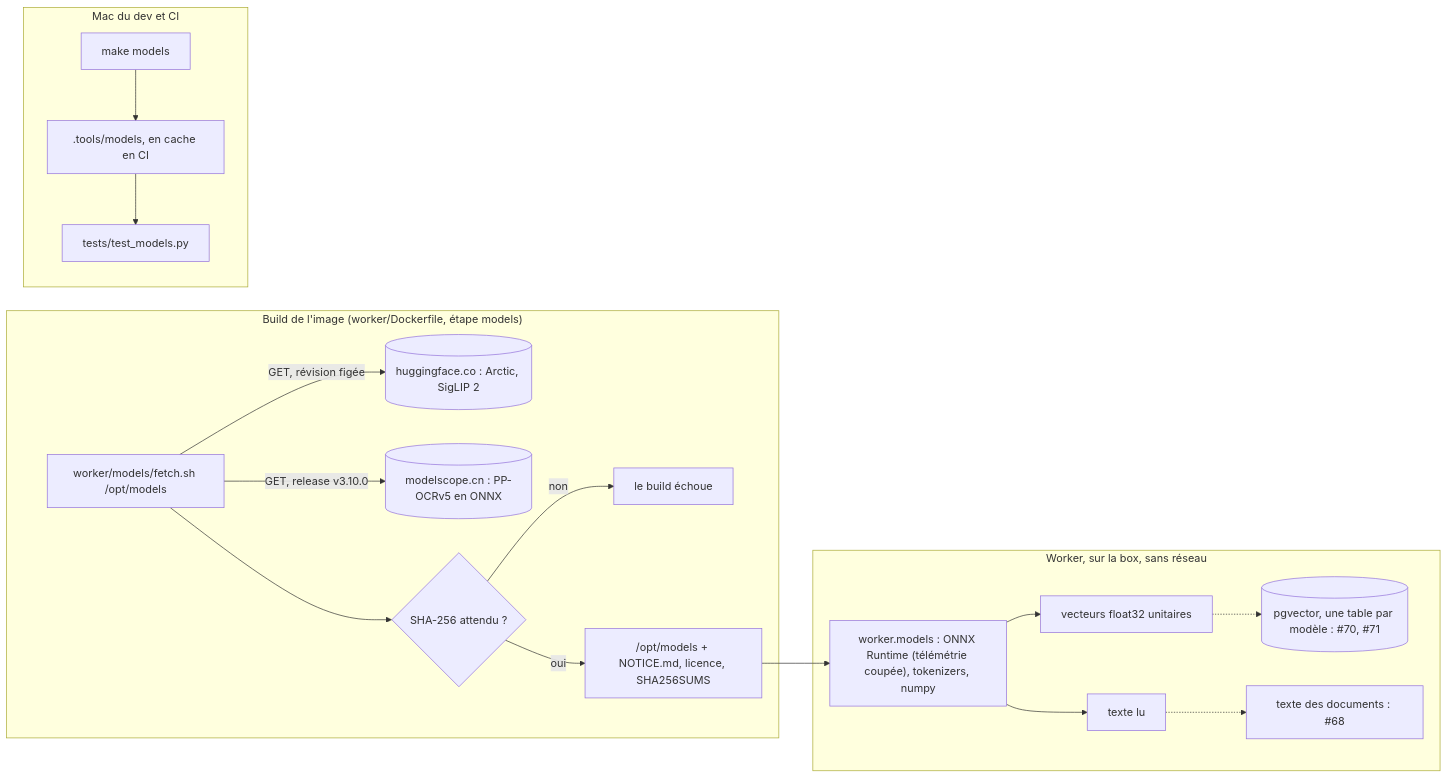
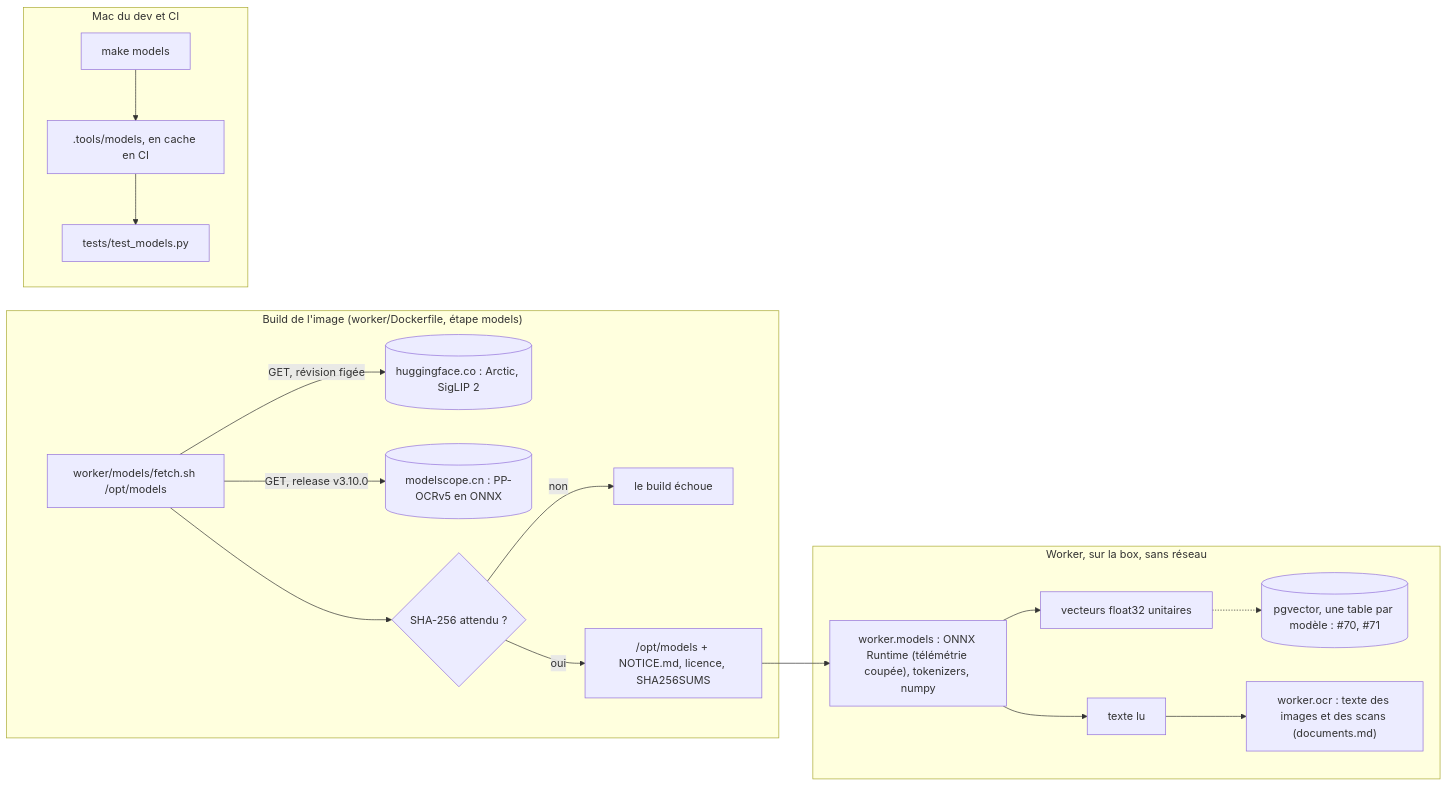
Before and after one commit to C2-POLY/cloud-os: the diagram in docs/architecture/models.md, drawn with Mermaid. The commit also changed other lines of this file and 20 other files, not shown here.

First line of the commit message:
feat(documents): read the text of photographed and scanned documents with OCR (#80)

````diff
--- a/docs/architecture/models.md
+++ b/docs/architecture/models.md
@@ -15,21 +15,21 @@
 ```mermaid
 flowchart LR
     subgraph build["Build de l'image (worker/Dockerfile, étape models)"]
         F["worker/models/fetch.sh /opt/models"] -->|"GET, révision figée"| HF[("huggingface.co : Arctic, SigLIP 2")]
         F -->|"GET, release v3.10.0"| MS[("modelscope.cn : PP-OCRv5 en ONNX")]
         F --> C{"SHA-256 attendu ?"}
         C -->|non| X["le build échoue"]
         C -->|oui| M["/opt/models + NOTICE.md, licence, SHA256SUMS"]
     end
     subgraph dev["Mac du dev et CI"]
         MK["make models"] --> L[".tools/models, en cache en CI"]
         L --> T["tests/test_models.py"]
     end
     subgraph box["Worker, sur la box, sans réseau"]
         M --> W["worker.models : ONNX Runtime (télémétrie coupée), tokenizers, numpy"]
         W --> V["vecteurs float32 unitaires"]
         W --> O["texte lu"]
         V -.-> P[("pgvector, une table par modèle : #70, #71")]
-        O -.-> D["texte des documents : #68"]
+        O --> D["worker.ocr : texte des images et des scans (documents.md)"]
     end
 ```
````
